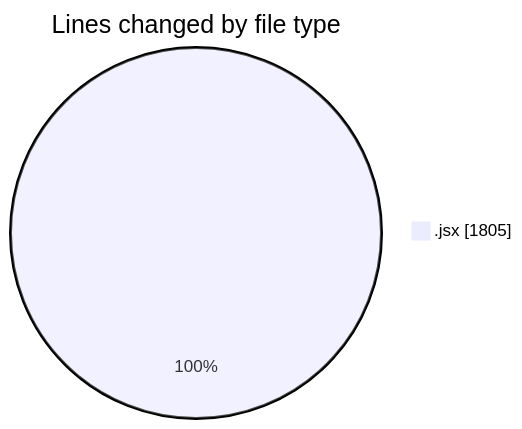
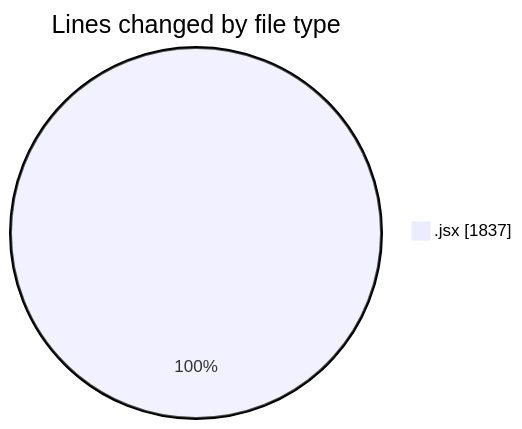
Before and after one commit to nxtqubesakshisongat/code-tracking: the first of 2 diagrams in 2025-08-22/nxtqube_webapp/README.md, drawn with Mermaid. The commit also changed other lines of this file and 1 other file, not shown here.

````diff
--- a/2025-08-22/nxtqube_webapp/README.md
+++ b/2025-08-22/nxtqube_webapp/README.md
@@ -20,5 +20,5 @@
 ```mermaid
 pie showData
 title Lines changed by file type
-".jsx" : 1805
+".jsx" : 1837
 ```
````
